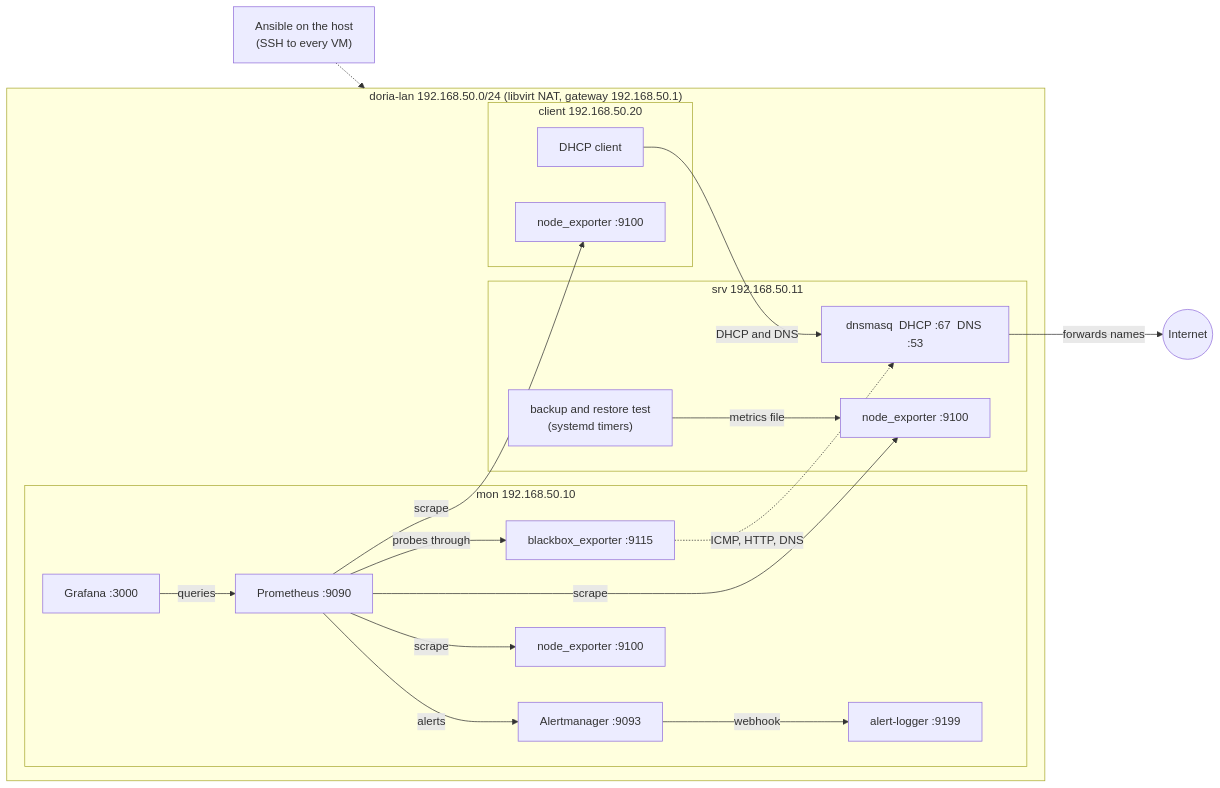
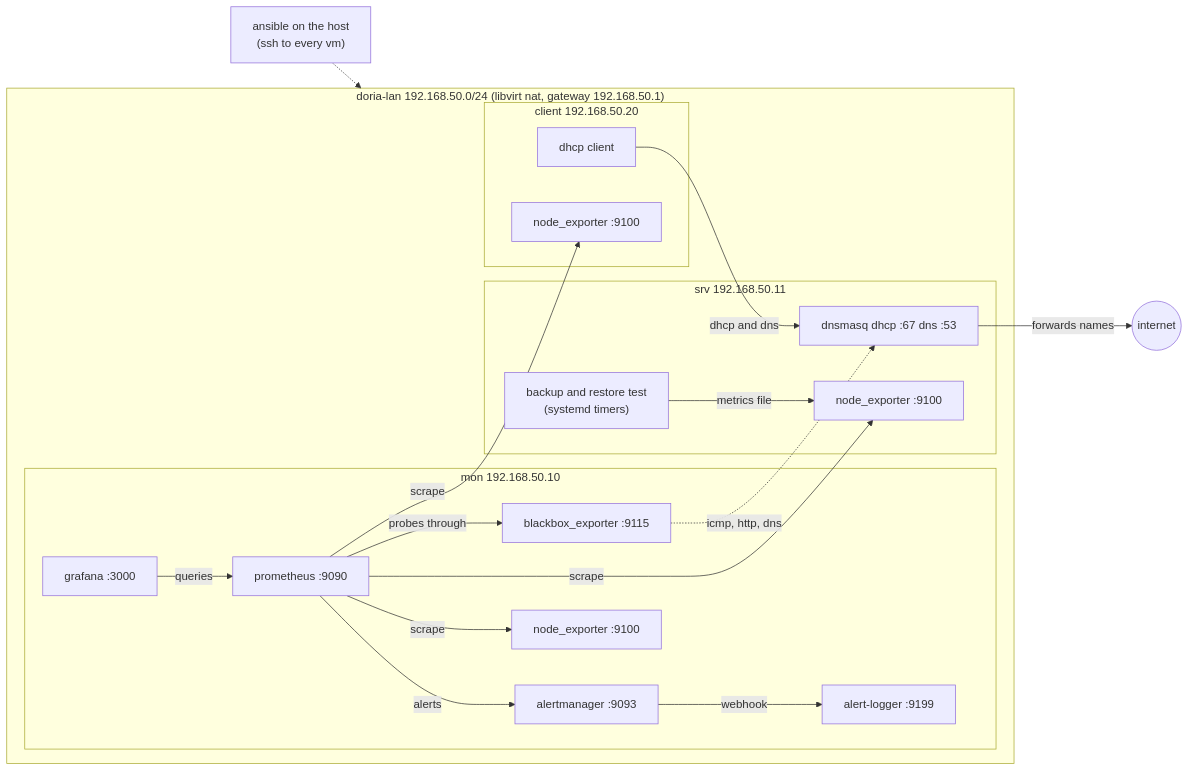
The diagram in README.md (janymuong/doria), drawn with Mermaid before and after one commit. The commit also changed other lines of this file and 1 other file, not shown here.

Commit message:
readme: intro, diagram and tools; the rest moved to context.md

````diff
--- a/README.md
+++ b/README.md
@@ -6,38 +9,38 @@
 ```mermaid
 flowchart LR
-    ansible["Ansible on the host<br/>(SSH to every VM)"]
-    net(("Internet"))
+    ansible["ansible on the host<br/>(ssh to every vm)"]
+    net(("internet"))
 
-    subgraph lan["doria-lan  192.168.50.0/24  (libvirt NAT, gateway 192.168.50.1)"]
+    subgraph lan["doria-lan  192.168.50.0/24  (libvirt nat, gateway 192.168.50.1)"]
         subgraph mon["mon  192.168.50.10"]
-            prom["Prometheus :9090"]
-            am["Alertmanager :9093"]
+            prom["prometheus :9090"]
+            am["alertmanager :9093"]
             logger["alert-logger :9199"]
-            graf["Grafana :3000"]
+            graf["grafana :3000"]
             bb["blackbox_exporter :9115"]
             nem["node_exporter :9100"]
         end
         subgraph srv["srv  192.168.50.11"]
-            dns["dnsmasq  DHCP :67  DNS :53"]
+            dns["dnsmasq  dhcp :67  dns :53"]
             bkp["backup and restore test<br/>(systemd timers)"]
             nes["node_exporter :9100"]
         end
         subgraph client["client  192.168.50.20"]
-            dhcpc["DHCP client"]
+            dhcpc["dhcp client"]
             nec["node_exporter :9100"]
         end
     end
 
     ansible -.-> lan
     prom -->|scrape| nem
     prom -->|scrape| nes
     prom -->|scrape| nec
     prom -->|probes through| bb
-    bb -.->|ICMP, HTTP, DNS| dns
+    bb -.->|icmp, http, dns| dns
     prom -->|alerts| am
     am -->|webhook| logger
     graf -->|queries| prom
-    dhcpc -->|DHCP and DNS| dns
+    dhcpc -->|dhcp and dns| dns
     dns -->|forwards names| net
     bkp -->|metrics file| nes
 ```
````
